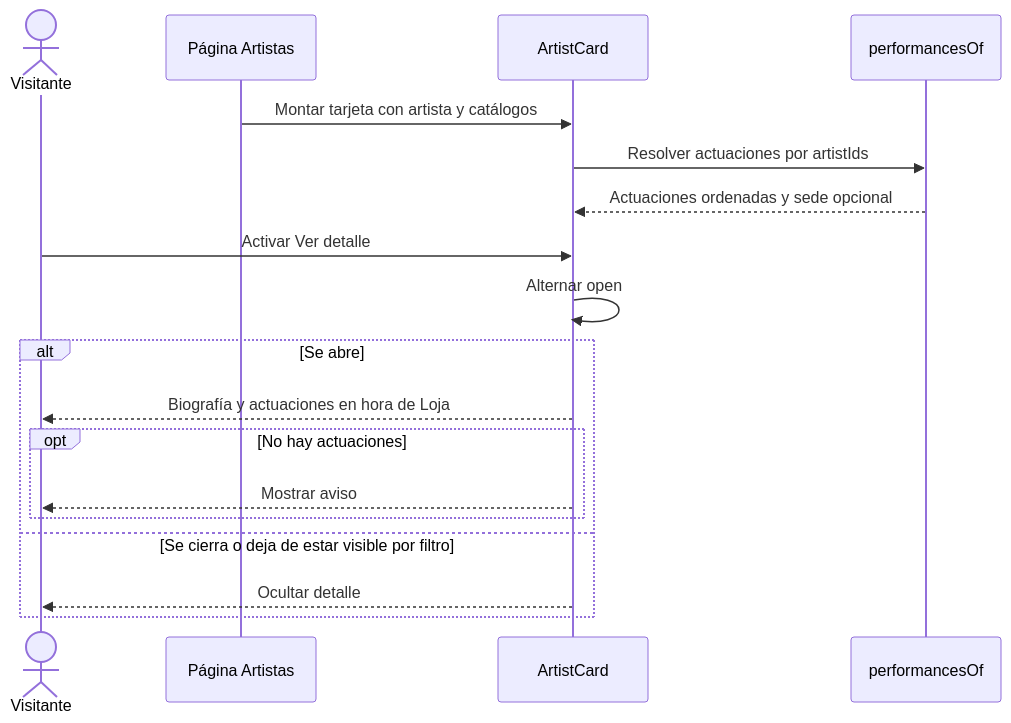
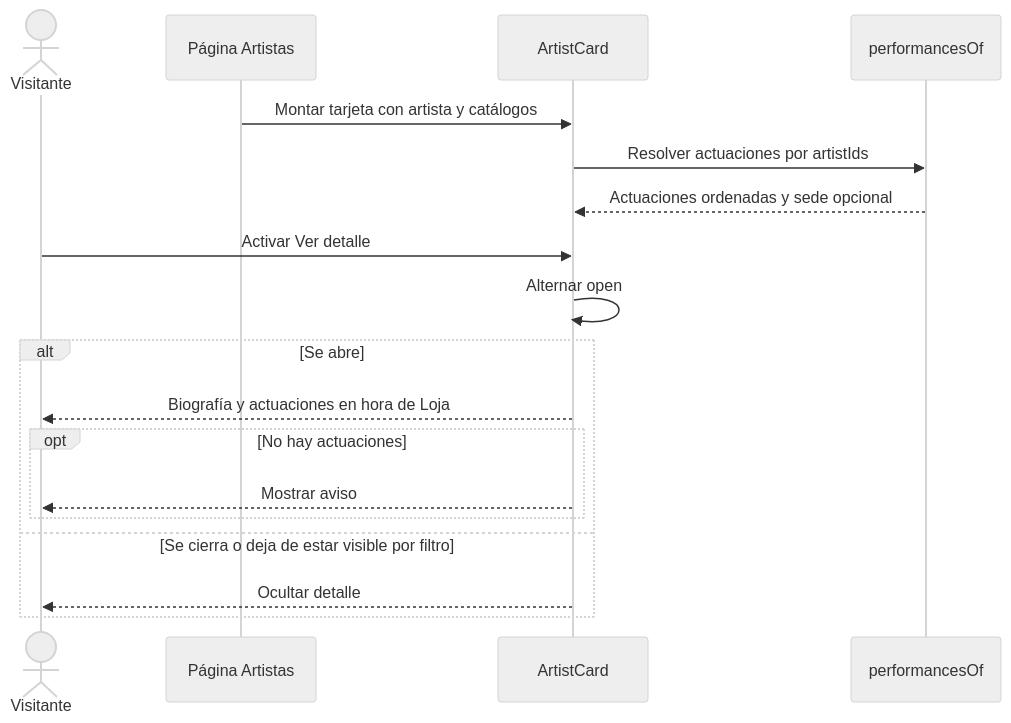
The diagram in docs/architecture/diagrams/CU-06.mmd (magomez36/FIAVL_Arquitectura-de-Software), drawn with Mermaid before and after one commit. The commit also changed 143 other files, not shown here.

Commit message:
docs(architecture): simplifica documentacion y corrige exportacion completa del PDF

```diff
--- a/docs/architecture/diagrams/CU-06.mmd
+++ b/docs/architecture/diagrams/CU-06.mmd
@@ -1,18 +1,22 @@
+---
+config:
+  theme: neutral
+---
 sequenceDiagram
 actor V as Visitante
 participant P as Página Artistas
 participant C as ArtistCard
 participant L as performancesOf
 P->>C: Montar tarjeta con artista y catálogos
 C->>L: Resolver actuaciones por artistIds
 L-->>C: Actuaciones ordenadas y sede opcional
 V->>C: Activar Ver detalle
 C->>C: Alternar open
 alt Se abre
   C-->>V: Biografía y actuaciones en hora de Loja
   opt No hay actuaciones
     C-->>V: Mostrar aviso
   end
 else Se cierra o deja de estar visible por filtro
   C-->>V: Ocultar detalle
 end
```
